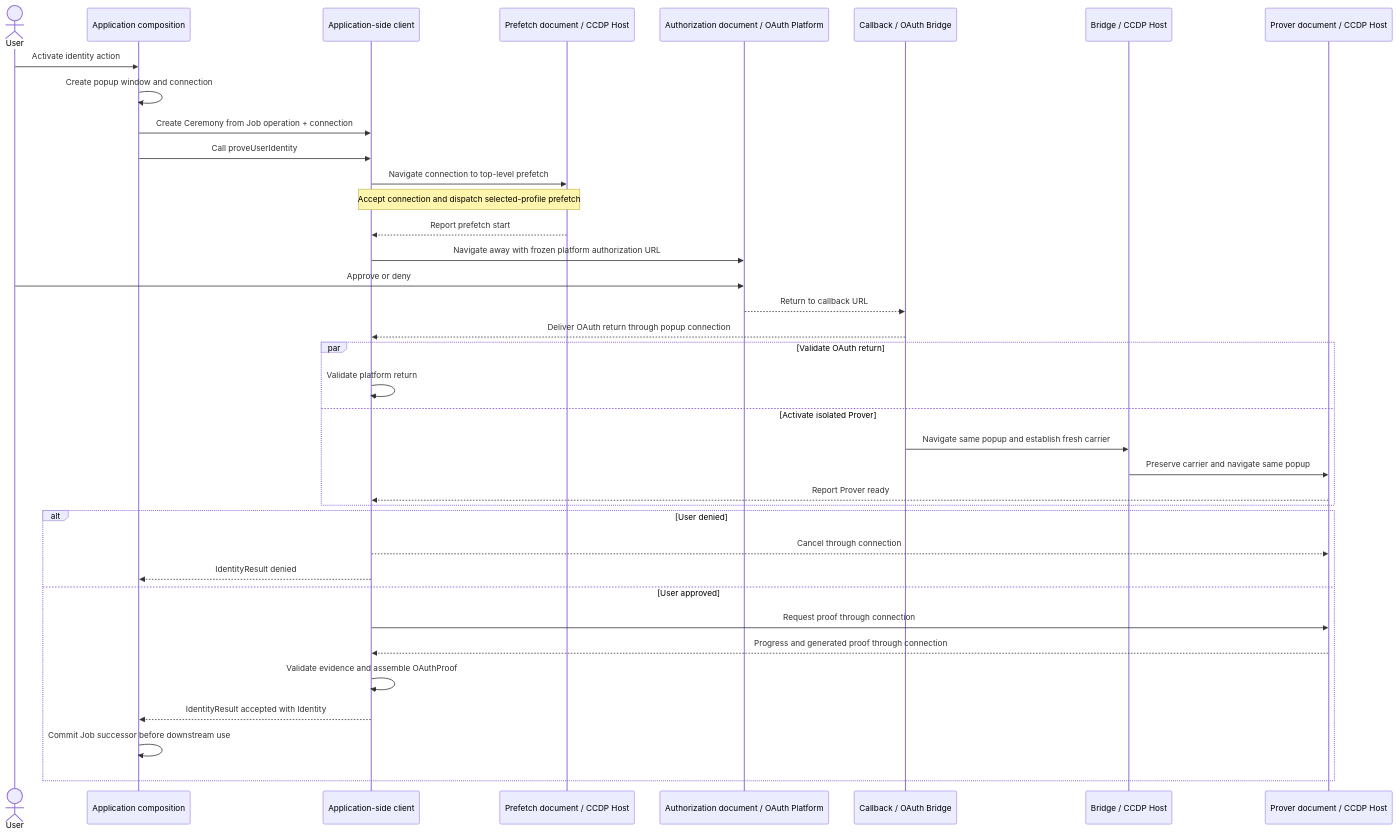
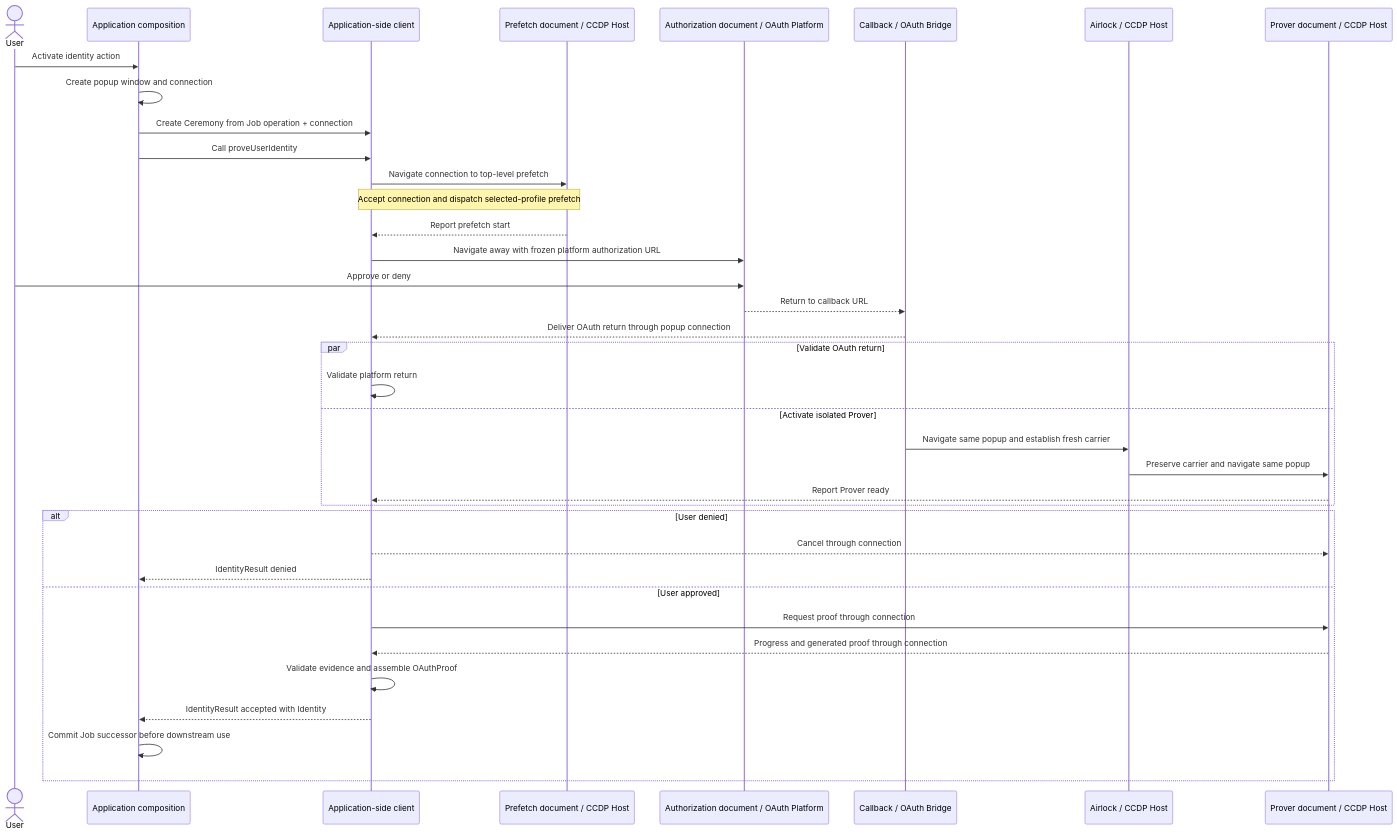
Before and after one commit to libid-org/libid: the diagram in ts/packages/ceremony/ARCHITECTURE.md, drawn with Mermaid. The commit also changed other lines of this file and 5 other files, not shown here.

Commit message:
docs(ccdp): rename bridge to airlock

````diff
--- a/ts/packages/ceremony/ARCHITECTURE.md
+++ b/ts/packages/ceremony/ARCHITECTURE.md
@@ -42,40 +42,40 @@
 ```mermaid
 sequenceDiagram
     actor U as User
     participant A as Application composition
     participant C as Application-side client
     participant F as Prefetch document / CCDP Host
     participant O as Authorization document / OAuth Platform
     participant P as Callback / OAuth Bridge
-    participant B as Bridge / CCDP Host
+    participant L as Airlock / CCDP Host
     participant R as Prover document / CCDP Host
 
     U->>A: Activate identity action
     A->>A: Create popup window and connection
     A->>C: Create Ceremony from Job operation + connection
     A->>C: Call proveUserIdentity
     C->>F: Navigate connection to top-level prefetch
     Note over C,F: Accept connection and dispatch selected-profile prefetch
     F-->>C: Report prefetch start
     C->>O: Navigate away with frozen platform authorization URL
     U->>O: Approve or deny
     O-->>P: Return to callback URL
     P-->>C: Deliver OAuth return through popup connection
     par Validate OAuth return
         C->>C: Validate platform return
     and Activate isolated Prover
-        P->>B: Navigate same popup and establish fresh carrier
-        B->>R: Preserve carrier and navigate same popup
+        P->>L: Navigate same popup and establish fresh carrier
+        L->>R: Preserve carrier and navigate same popup
         R-->>C: Report Prover ready
     end
     alt User denied
         C-->>R: Cancel through connection
         C-->>A: IdentityResult denied
     else User approved
         C->>R: Request proof through connection
         R-->>C: Progress and generated proof through connection
         C->>C: Validate evidence and assemble OAuthProof
         C-->>A: IdentityResult accepted with Identity
         A->>A: Commit Job successor before downstream use
     end
 ```
````
